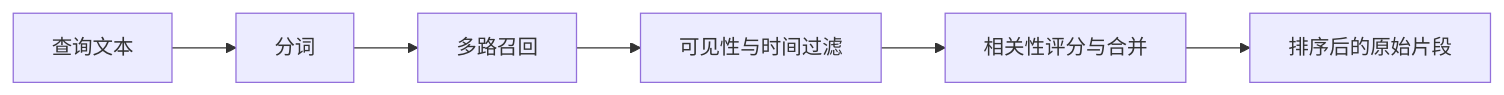
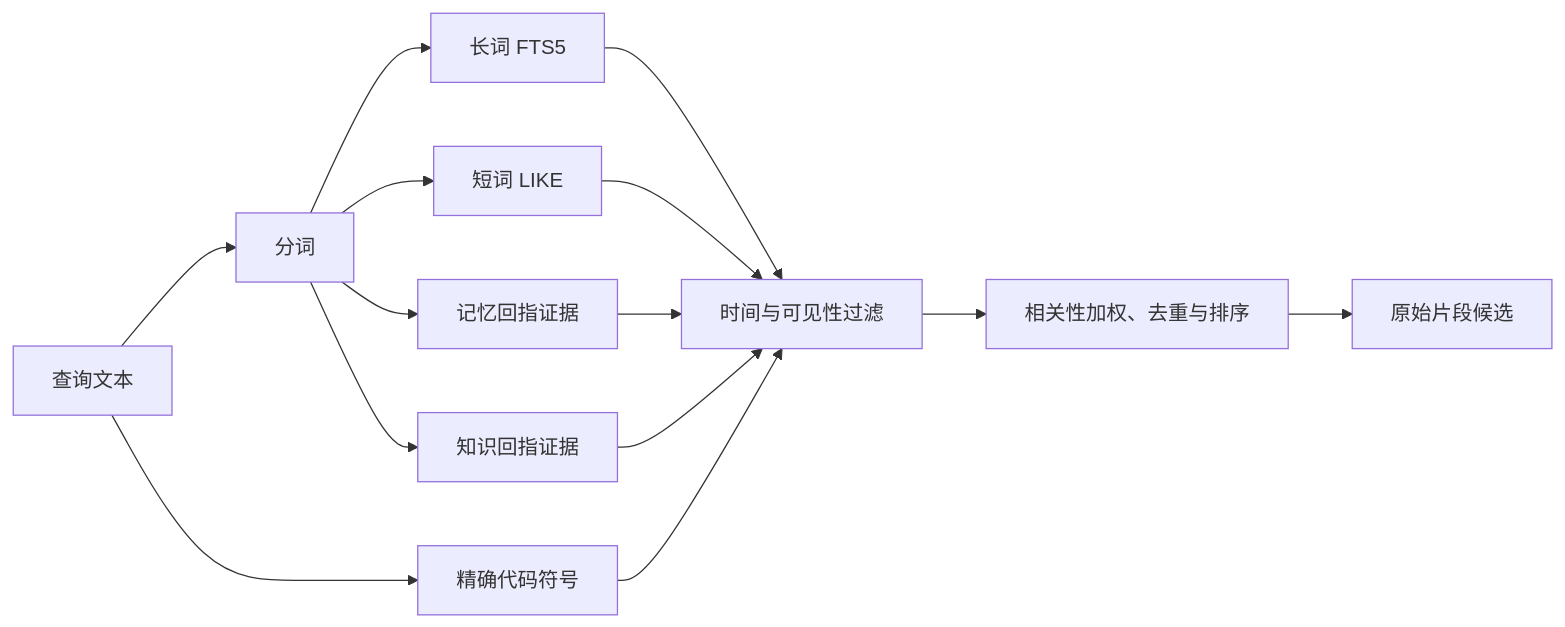
Before and after one commit to lejunyang/omem: the diagram in .repo-review/knowledge/articles/1444f142c0b04e6d91f3135deeda21102d3ef672bd0b0965f51d090841647b1b.md, drawn with Mermaid. The commit also changed other lines of this file and 7 other files, not shown here.

````diff
--- a/.repo-review/knowledge/articles/1444f142c0b04e6d91f3135deeda21102d3ef672bd0b0965f51d090841647b1b.md
+++ b/.repo-review/knowledge/articles/1444f142c0b04e6d91f3135deeda21102d3ef672bd0b0965f51d090841647b1b.md
@@ -19,8 +17,12 @@
 ```mermaid
 flowchart LR
   Q[查询文本] --> T[分词]
-  T --> B[多路召回]
-  B --> F[可见性与时间过滤]
-  F --> S[相关性评分与合并]
-  S --> R[排序后的原始片段]
+  T --> F[长词 FTS5]
+  T --> S[短词 LIKE]
+  Q --> C[精确代码符号]
+  T --> M[记忆回指证据]
+  T --> K[知识回指证据]
+  F & S & C & M & K --> E[时间与可见性过滤]
+  E --> R[相关性加权、去重与排序]
+  R --> O[原始片段候选]
 ```
````
